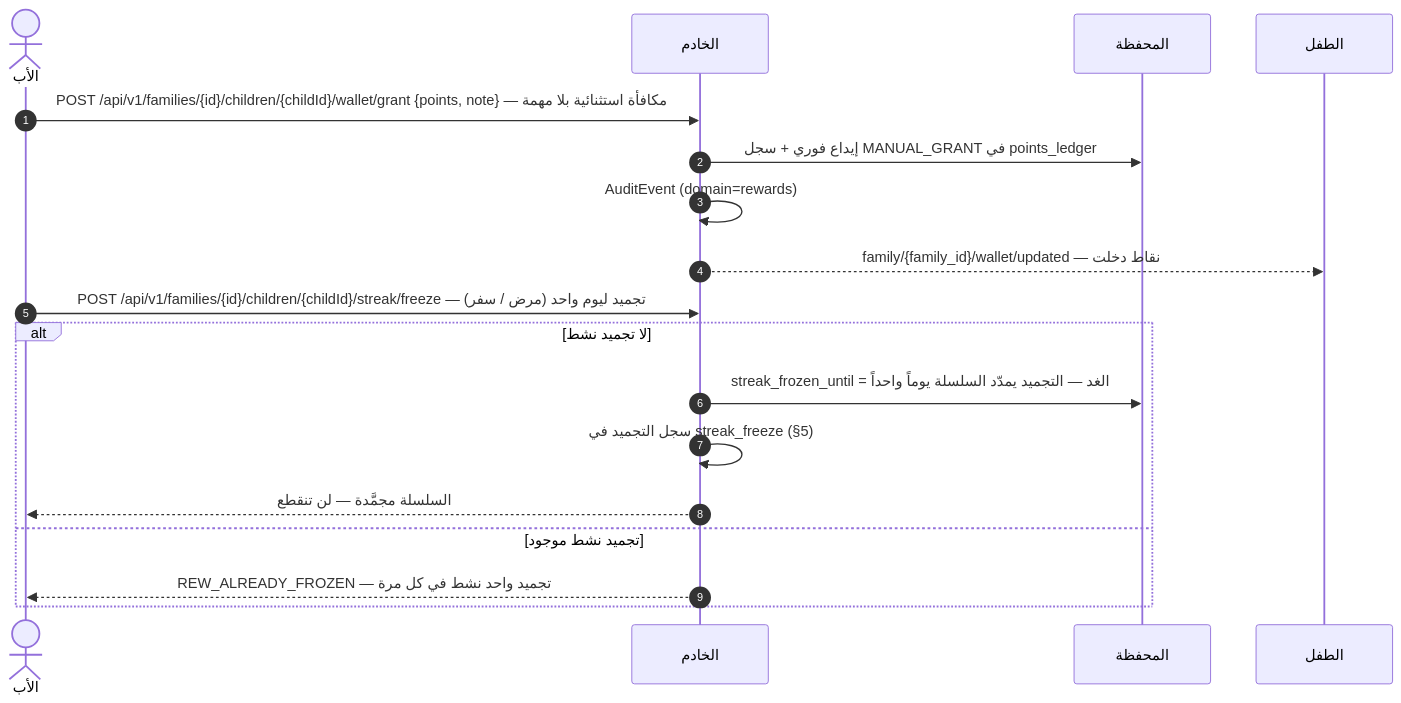
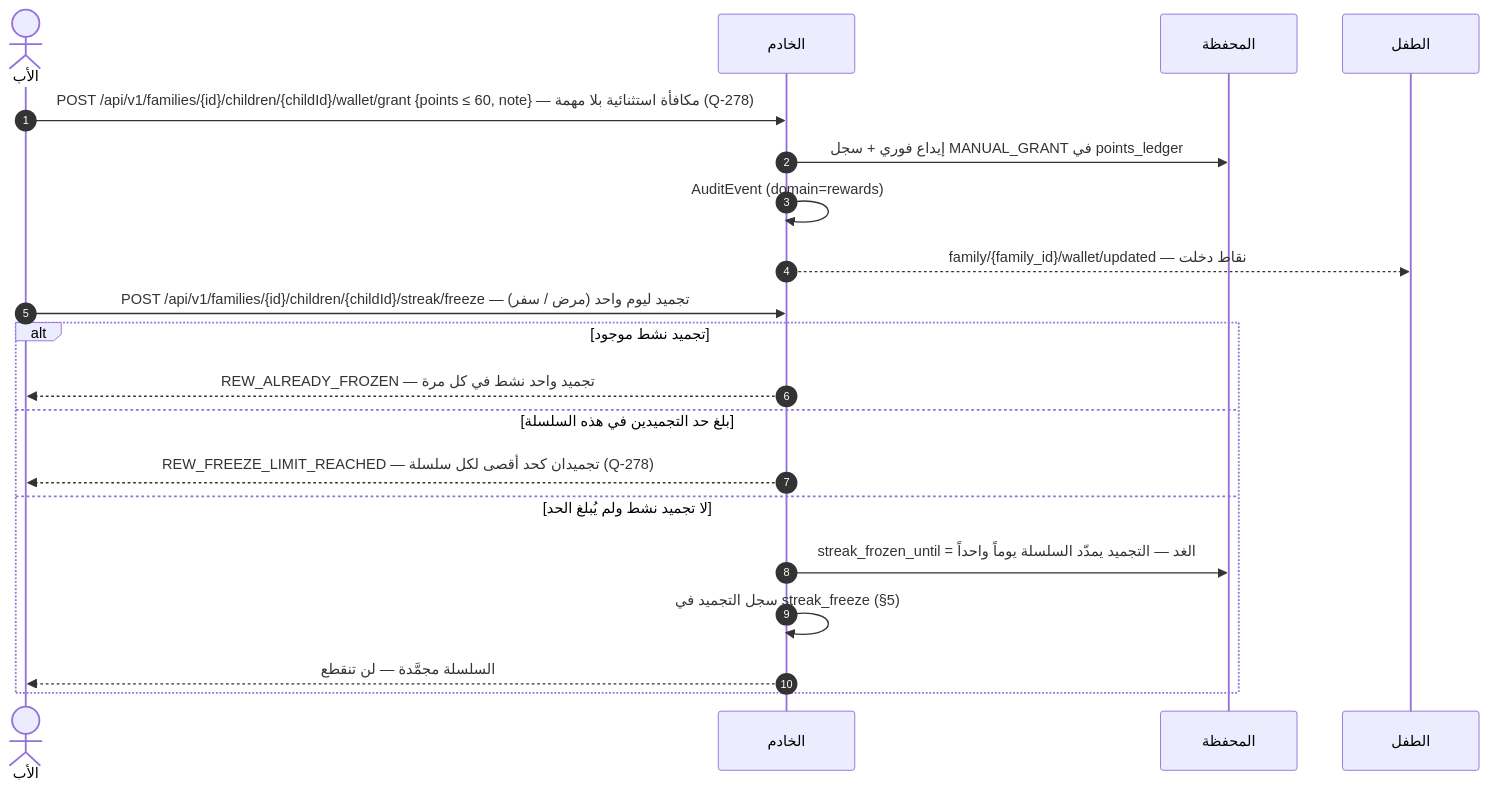
One commit to Bassam-mohammed-alqaeadi/family-os-v2 changed the sixth of 12 diagrams in docs/family-os/governance/phases/phase-1/S1-05-rewards-children/DIAGRAMS.md. Above: the diagram before and after it, drawn with Mermaid. The commit also changed other lines of this file and 1 other file, not shown here.

Commit message:
S1-05 R2-S105-20 (Q-278): تجميدان كحد أقصى لكل سلسلة؛ ومنح يدوي واحد بحد أقصى 60 نقطة في المرة

````diff
--- a/docs/family-os/governance/phases/phase-1/S1-05-rewards-children/DIAGRAMS.md
+++ b/docs/family-os/governance/phases/phase-1/S1-05-rewards-children/DIAGRAMS.md
@@ -318,20 +318,22 @@
 ```mermaid
 sequenceDiagram
     autonumber
     actor Father as الأب
     participant Ktor as الخادم
     participant Wallet as المحفظة
     participant Child as الطفل
-    Father->>Ktor: POST /api/v1/families/{id}/children/{childId}/wallet/grant {points, note} — مكافأة استثنائية بلا مهمة
+    Father->>Ktor: POST /api/v1/families/{id}/children/{childId}/wallet/grant {points ≤ 60, note} — مكافأة استثنائية بلا مهمة (Q-278)
     Ktor->>Wallet: إيداع فوري + سجل MANUAL_GRANT في points_ledger
     Ktor->>Ktor: AuditEvent (domain=rewards)
     Ktor-->>Child: family/{family_id}/wallet/updated — نقاط دخلت
     Father->>Ktor: POST /api/v1/families/{id}/children/{childId}/streak/freeze — تجميد ليوم واحد (مرض / سفر)
-    alt لا تجميد نشط
+    alt تجميد نشط موجود
+        Ktor-->>Father: REW_ALREADY_FROZEN — تجميد واحد نشط في كل مرة
+    else بلغ حد التجميدين في هذه السلسلة
+        Ktor-->>Father: REW_FREEZE_LIMIT_REACHED — تجميدان كحد أقصى لكل سلسلة (Q-278)
+    else لا تجميد نشط ولم يُبلغ الحد
         Ktor->>Wallet: streak_frozen_until = الغد — التجميد يمدّد السلسلة يوماً واحداً
         Ktor->>Ktor: سجل التجميد في streak_freeze (§5)
         Ktor-->>Father: السلسلة مجمَّدة — لن تنقطع
-    else تجميد نشط موجود
-        Ktor-->>Father: REW_ALREADY_FROZEN — تجميد واحد نشط في كل مرة
     end
 ```
````
